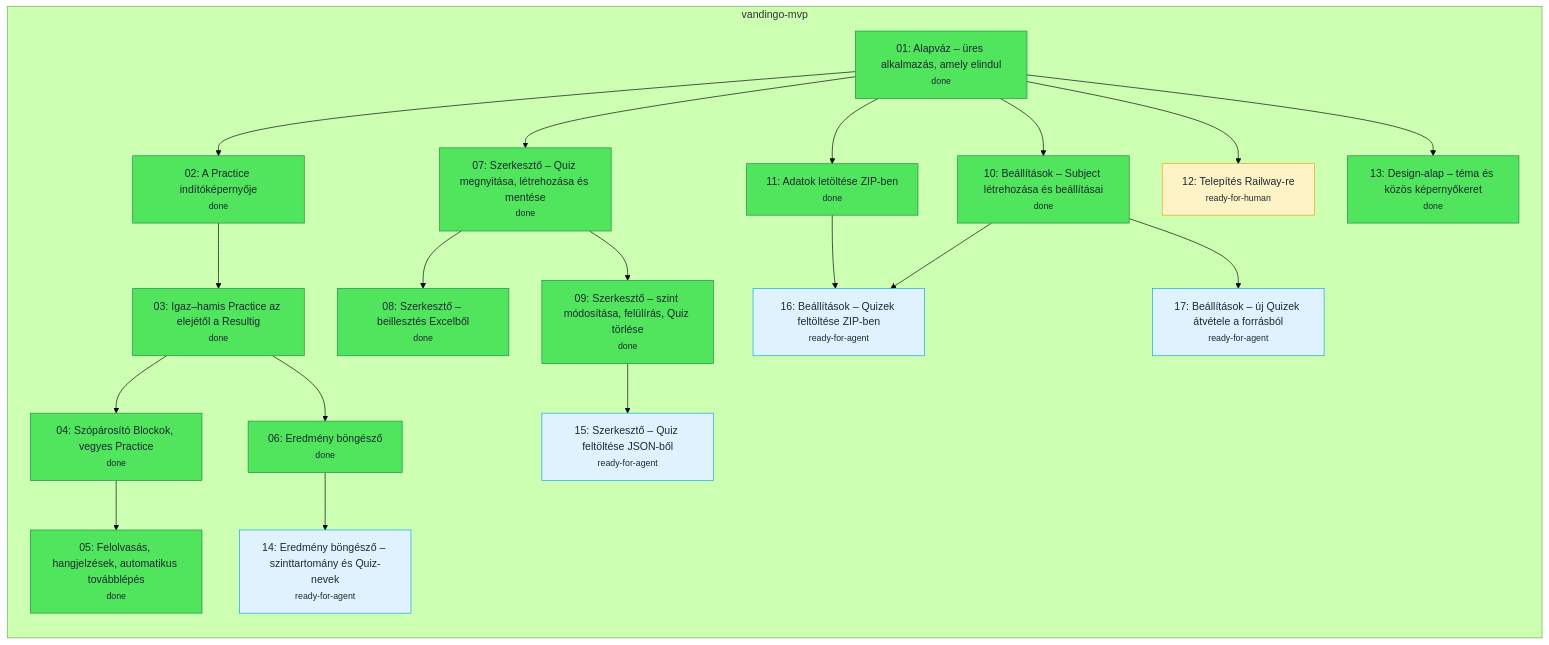
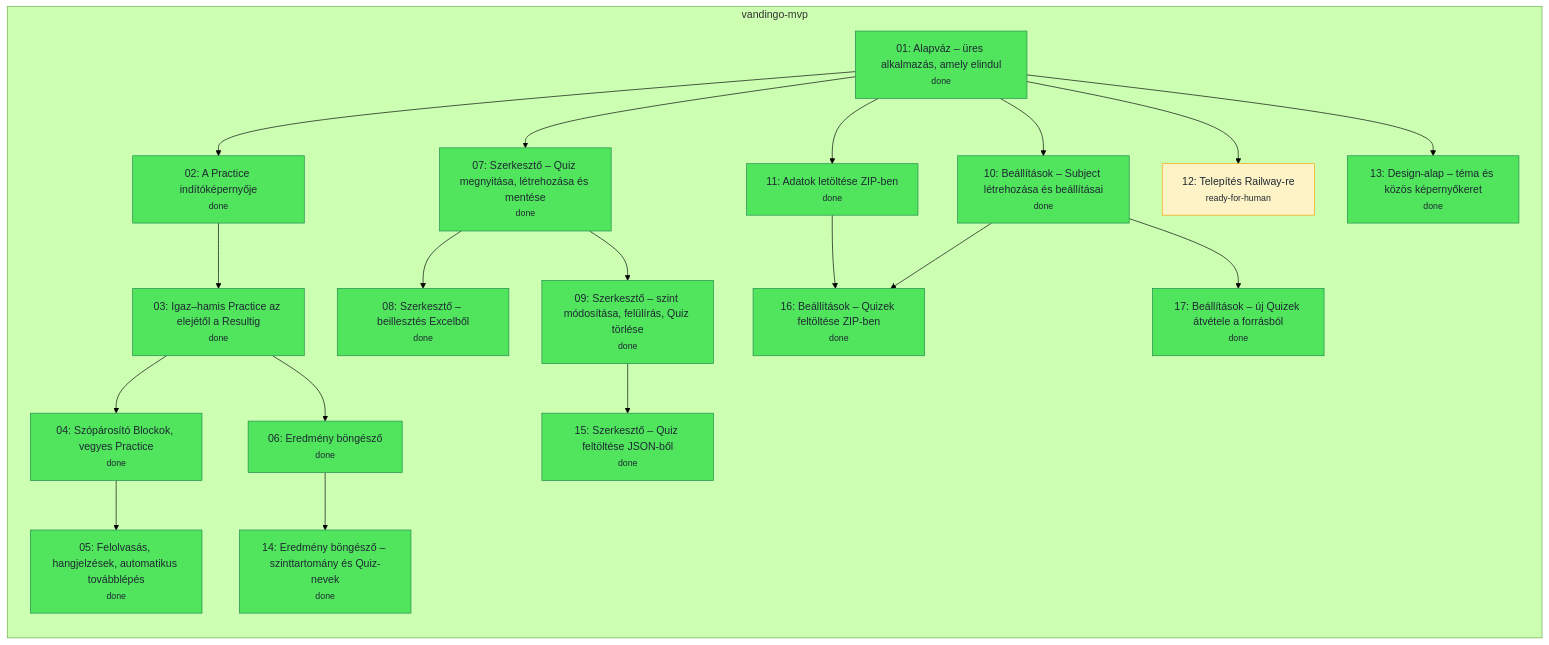
Before and after one commit to nagyandor76/Vandingo: the diagram in .scratch/tickets.mmd, drawn with Mermaid (forest theme). The commit also changed 5 other files, not shown here.

```diff
--- a/.scratch/tickets.mmd
+++ b/.scratch/tickets.mmd
@@ -1,43 +1,43 @@
 flowchart LR
   subgraph vandingo_mvp_feature["vandingo-mvp"]
     vandingo_mvp_1["01: Alapváz – üres alkalmazás, amely elindul<br/><small>done</small>"]:::done
     vandingo_mvp_2["02: A Practice indítóképernyője<br/><small>done</small>"]:::done
     vandingo_mvp_3["03: Igaz–hamis Practice az elejétől a Resultig<br/><small>done</small>"]:::done
     vandingo_mvp_4["04: Szópárosító Blockok, vegyes Practice<br/><small>done</small>"]:::done
     vandingo_mvp_5["05: Felolvasás, hangjelzések, automatikus továbblépés<br/><small>done</small>"]:::done
     vandingo_mvp_6["06: Eredmény böngésző<br/><small>done</small>"]:::done
     vandingo_mvp_7["07: Szerkesztő – Quiz megnyitása, létrehozása és mentése<br/><small>done</small>"]:::done
     vandingo_mvp_8["08: Szerkesztő – beillesztés Excelből<br/><small>done</small>"]:::done
     vandingo_mvp_9["09: Szerkesztő – szint módosítása, felülírás, Quiz törlése<br/><small>done</small>"]:::done
     vandingo_mvp_10["10: Beállítások – Subject létrehozása és beállításai<br/><small>done</small>"]:::done
     vandingo_mvp_11["11: Adatok letöltése ZIP-ben<br/><small>done</small>"]:::done
     vandingo_mvp_12["12: Telepítés Railway-re<br/><small>ready-for-human</small>"]:::ready_for_human
     vandingo_mvp_13["13: Design-alap – téma és közös képernyőkeret<br/><small>done</small>"]:::done
-    vandingo_mvp_14["14: Eredmény böngésző – szinttartomány és Quiz-nevek<br/><small>ready-for-agent</small>"]:::ready_for_agent
-    vandingo_mvp_15["15: Szerkesztő – Quiz feltöltése JSON-ből<br/><small>ready-for-agent</small>"]:::ready_for_agent
-    vandingo_mvp_16["16: Beállítások – Quizek feltöltése ZIP-ben<br/><small>ready-for-agent</small>"]:::ready_for_agent
-    vandingo_mvp_17["17: Beállítások – új Quizek átvétele a forrásból<br/><small>ready-for-agent</small>"]:::ready_for_agent
+    vandingo_mvp_14["14: Eredmény böngésző – szinttartomány és Quiz-nevek<br/><small>done</small>"]:::done
+    vandingo_mvp_15["15: Szerkesztő – Quiz feltöltése JSON-ből<br/><small>done</small>"]:::done
+    vandingo_mvp_16["16: Beállítások – Quizek feltöltése ZIP-ben<br/><small>done</small>"]:::done
+    vandingo_mvp_17["17: Beállítások – új Quizek átvétele a forrásból<br/><small>done</small>"]:::done
   end
   vandingo_mvp_1 --> vandingo_mvp_2
   vandingo_mvp_2 --> vandingo_mvp_3
   vandingo_mvp_3 --> vandingo_mvp_4
   vandingo_mvp_4 --> vandingo_mvp_5
   vandingo_mvp_3 --> vandingo_mvp_6
   vandingo_mvp_1 --> vandingo_mvp_7
   vandingo_mvp_7 --> vandingo_mvp_8
   vandingo_mvp_7 --> vandingo_mvp_9
   vandingo_mvp_1 --> vandingo_mvp_10
   vandingo_mvp_1 --> vandingo_mvp_11
   vandingo_mvp_1 --> vandingo_mvp_12
   vandingo_mvp_1 --> vandingo_mvp_13
   vandingo_mvp_6 --> vandingo_mvp_14
   vandingo_mvp_9 --> vandingo_mvp_15
   vandingo_mvp_10 --> vandingo_mvp_16
   vandingo_mvp_11 --> vandingo_mvp_16
   vandingo_mvp_10 --> vandingo_mvp_17
   classDef done fill:#50e55c,stroke:#1f8a4c,color:#1f2933
   classDef ready_for_agent fill:#e0f2fe,stroke:#0ea5e9,color:#1f2933
   classDef ready_for_human fill:#fef3c7,stroke:#f59e0b,color:#1f2933
   classDef needs_triage fill:#f3f4f6,stroke:#6b7480,color:#1f2933
   classDef needs_info fill:#fbecea,stroke:#c2413b,color:#1f2933
   classDef wontfix fill:#f3f4f6,stroke:#9ca3af,color:#6b7480,stroke-dasharray:4
```
